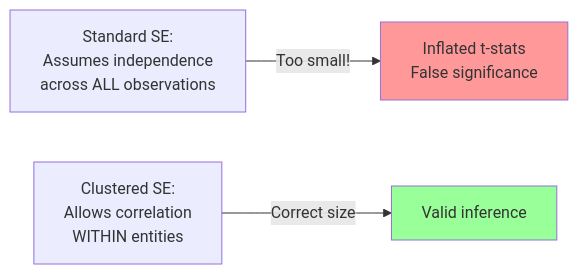
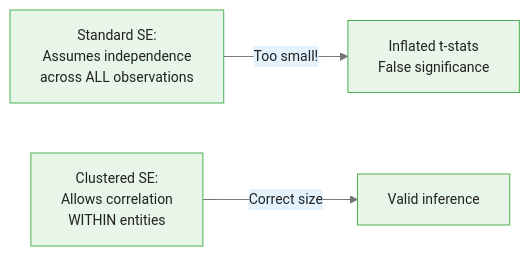
The first of 5 diagrams in courses/panel-regression/modules/module_05_advanced_topics/guides/03_clustered_standard_errors_slides.md (m-deane/course-creator), drawn with Mermaid before and after one commit. The commit also changed other lines of this file and 79 other files, not shown here.

````diff
--- a/courses/panel-regression/modules/module_05_advanced_topics/guides/03_clustered_standard_errors_slides.md
+++ b/courses/panel-regression/modules/module_05_advanced_topics/guides/03_clustered_standard_errors_slides.md
@@ -35,8 +42,6 @@
 ```mermaid
+%%{init: {"theme": "base", "themeVariables": {"primaryColor": "#e8f5e9", "primaryBorderColor": "#4caf50", "primaryTextColor": "#212121", "secondaryColor": "#e3f2fd", "tertiaryColor": "#fff8e1", "lineColor": "#757575", "fontFamily": "Inter, sans-serif", "fontSize": "14px"}}}%%
 flowchart LR
     STANDARD["Standard SE:<br/>Assumes independence<br/>across ALL observations"] -->|"Too small!"| INFLATE["Inflated t-stats<br/>False significance"]
     CLUSTERED["Clustered SE:<br/>Allows correlation<br/>WITHIN entities"] -->|"Correct size"| VALID["Valid inference"]
-
-    style INFLATE fill:#f99
-    style VALID fill:#9f9
 ```
````
